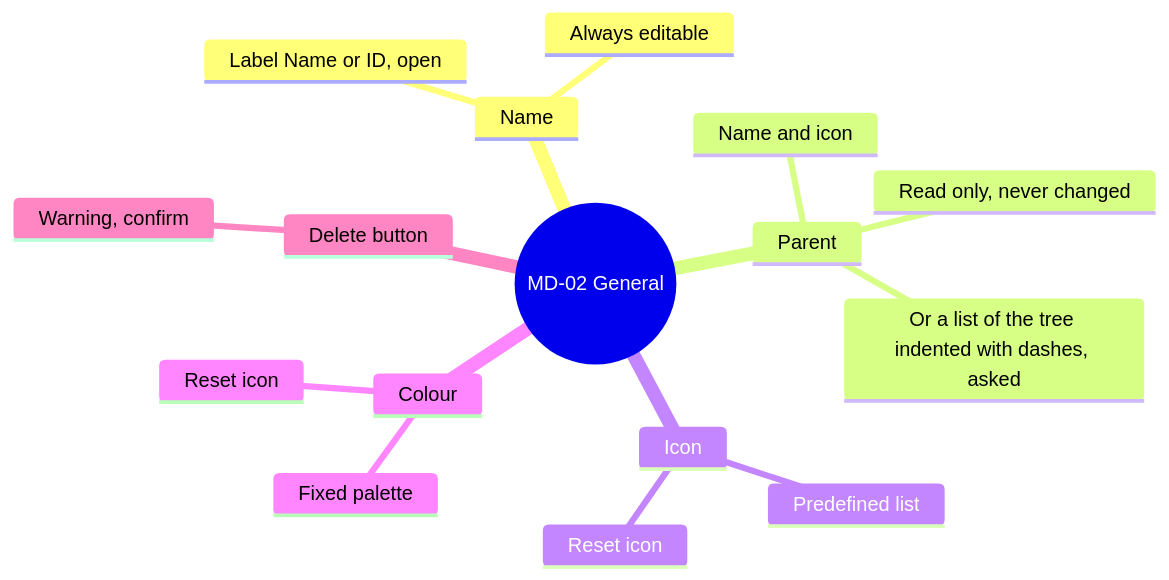
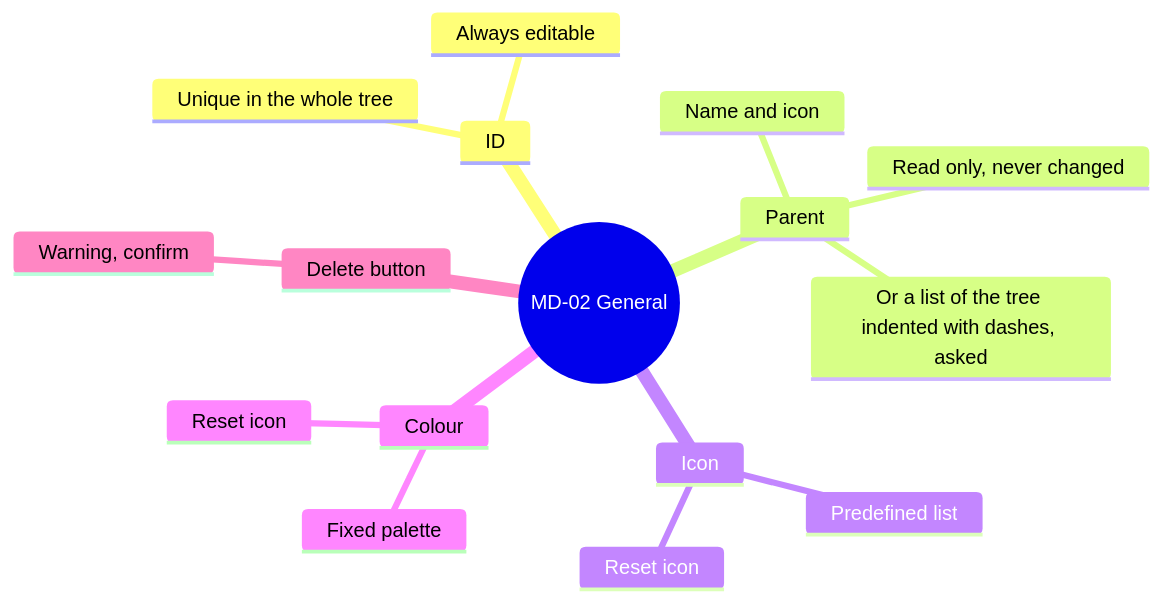
Before and after one commit to AlexandreGallais/synoptic-studio-spec: the third of 16 diagrams in screens/metadata.md, drawn with Mermaid. The commit also changed other lines of this file and 6 other files, not shown here.

````diff
--- a/screens/metadata.md
+++ b/screens/metadata.md
@@ -87,19 +87,19 @@
 ```mermaid
 mindmap
   root((MD-02 General))
-    Name
+    ID
       Always editable
-      Label Name or ID, open
+      Unique in the whole tree
     Parent
       Name and icon
       Read only, never changed
       Or a list of the tree indented with dashes, asked
     Icon
       Predefined list
       Reset icon
     Colour
       Fixed palette
       Reset icon
     Delete button
       Warning, confirm
 ```
````
